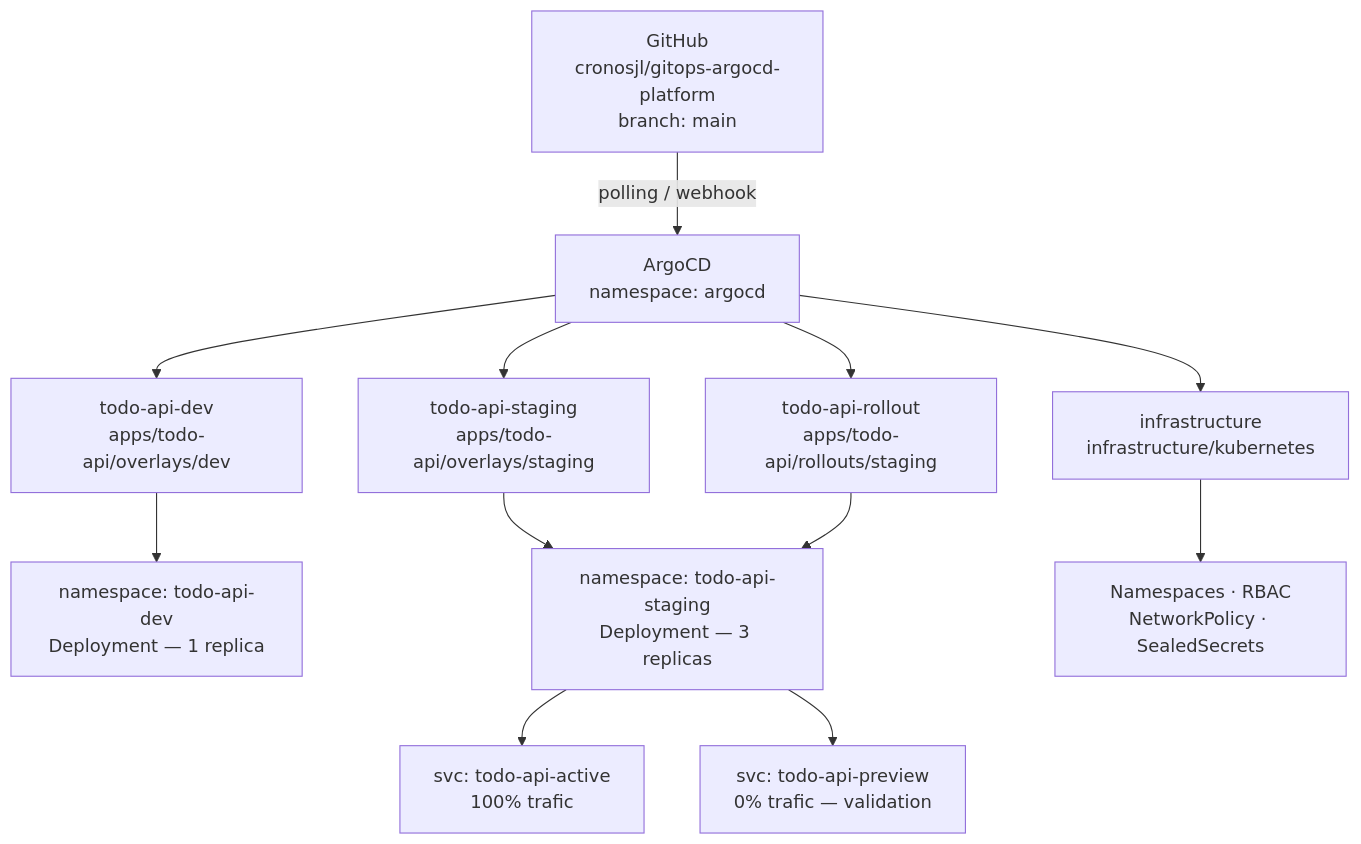
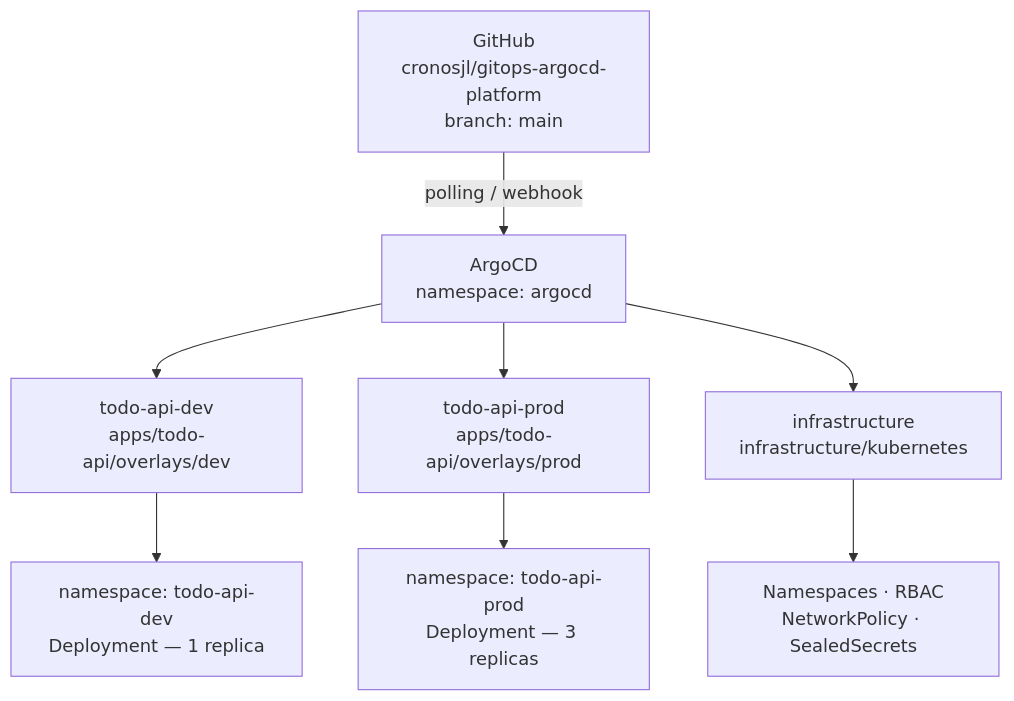
One commit to cronosjl/gitops-argocd-platform changed the first of 3 diagrams in README.md. Above: the diagram before and after it, drawn with Mermaid. The commit also changed other lines of this file, not shown here.

Commit message:
docs: update README to reflect prod environment and remove   outdated references

````diff
--- a/README.md
+++ b/README.md
@@ -67,19 +67,14 @@
 ```mermaid
 graph TD
     GH["GitHub\ncronosjl/gitops-argocd-platform\nbranch: main"]
 
     GH -->|polling / webhook| ARGO["ArgoCD\nnamespace: argocd"]
 
     ARGO --> APP1["todo-api-dev\napps/todo-api/overlays/dev"]
-    ARGO --> APP2["todo-api-staging\napps/todo-api/overlays/staging"]
-    ARGO --> APP3["todo-api-rollout\napps/todo-api/rollouts/staging"]
-    ARGO --> APP4["infrastructure\ninfrastructure/kubernetes"]
+    ARGO --> APP2["todo-api-prod\napps/todo-api/overlays/prod"]
+    ARGO --> APP3["infrastructure\ninfrastructure/kubernetes"]
 
     APP1 --> NS1["namespace: todo-api-dev\nDeployment — 1 replica"]
-    APP2 --> NS2["namespace: todo-api-staging\nDeployment — 3 replicas"]
-    APP3 --> NS2
-    APP4 --> INFRA["Namespaces · RBAC\nNetworkPolicy · SealedSecrets"]
-
-    NS2 --> SVC1["svc: todo-api-active\n100% trafic"]
-    NS2 --> SVC2["svc: todo-api-preview\n0% trafic — validation"]
+    APP2 --> NS2["namespace: todo-api-prod\nDeployment — 3 replicas"]
+    APP3 --> INFRA["Namespaces · RBAC\nNetworkPolicy · SealedSecrets"]
 ```
````
